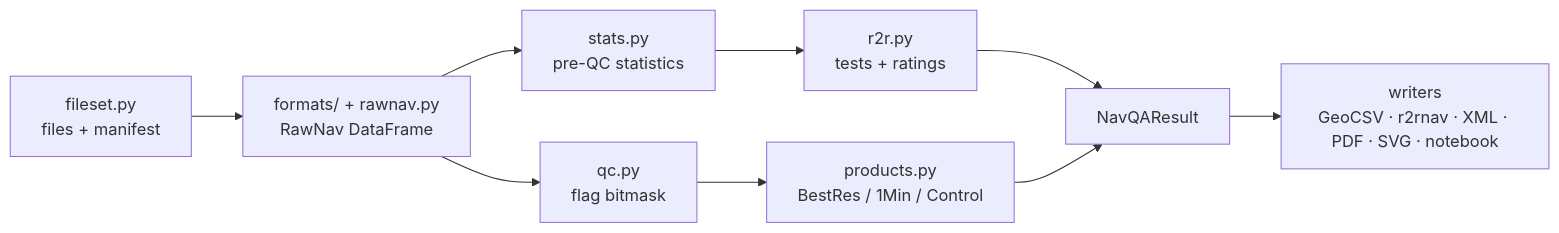
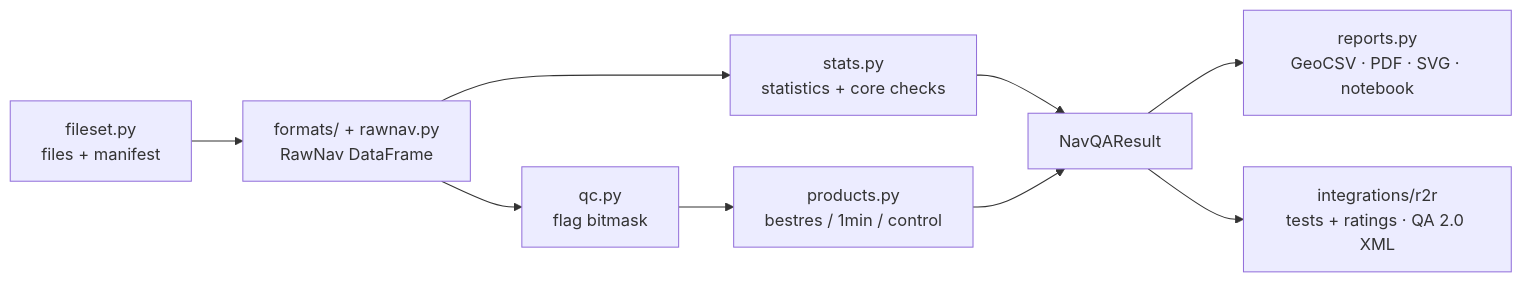
Before and after one commit to OceanDataTools/nav-qa-processing: the second of 2 diagrams in docs/architecture.md, drawn with Mermaid. The commit also changed other lines of this file and 1 other file, not shown here.

First line of the commit message:
Architecture: core and integrations, configuration TOMLs, Phase 3-5 plan

````diff
--- a/docs/architecture.md
+++ b/docs/architecture.md
@@ -403,11 +488,11 @@
 ```mermaid
 flowchart LR
   fs[fileset.py<br/>files + manifest] --> rd[formats/ + rawnav.py<br/>RawNav DataFrame]
-  rd --> st[stats.py<br/>pre-QC statistics]
+  rd --> st[stats.py<br/>statistics + core checks]
   rd --> qc[qc.py<br/>flag bitmask]
-  qc --> pr[products.py<br/>BestRes / 1Min / Control]
-  st --> r2r[r2r.py<br/>tests + ratings]
-  r2r --> res[NavQAResult]
+  qc --> pr[products.py<br/>bestres / 1min / control]
+  st --> res[NavQAResult]
   pr --> res
-  res --> w[writers<br/>GeoCSV · r2rnav · XML · PDF · SVG · notebook]
+  res --> w[reports.py<br/>GeoCSV · PDF · SVG · notebook]
+  res --> r2r[integrations/r2r<br/>tests + ratings · QA 2.0 XML]
 ```
````
